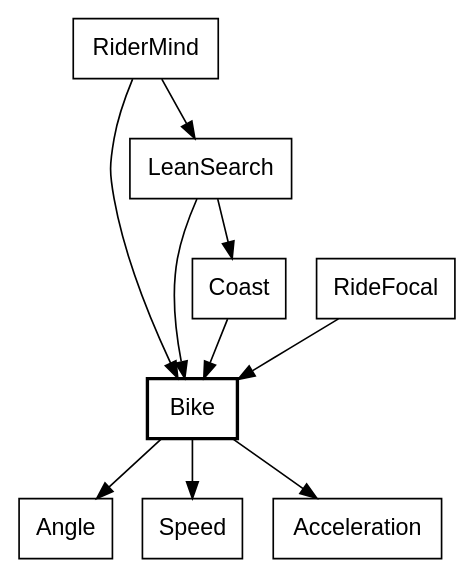
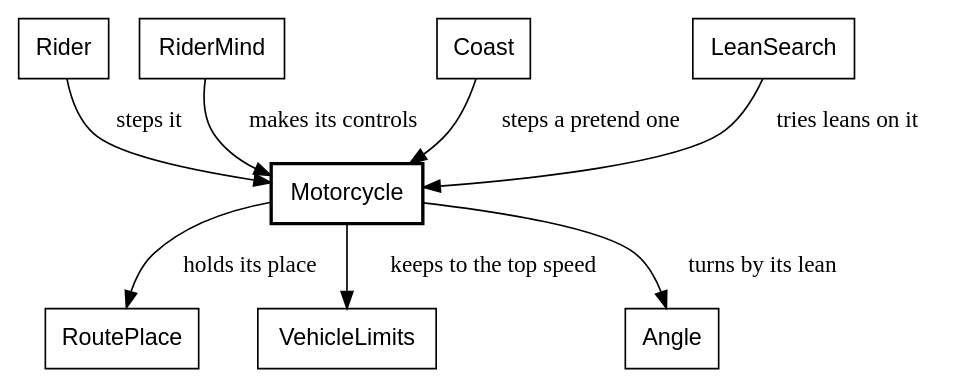
Before and after one commit to showell/roc-apps: diagram 16 of 30 in canvas_apps/safari/tutorial/tutorial.md, drawn with Graphviz. The commit also changed other lines of this file, not shown here.

Commit message:
tutorial: the rider, the bike and the throttle, rewritten for today's code

````diff
--- a/canvas_apps/safari/tutorial/tutorial.md
+++ b/canvas_apps/safari/tutorial/tutorial.md
@@ -1679,15 +1678,13 @@
 ```dot
 digraph bike {
   node [shape=box, fontname="Helvetica"];
-  Bike [style=bold];
-  RiderMind -> Bike;
-  RiderMind -> LeanSearch;
-  Coast -> Bike;
-  LeanSearch -> Bike;
-  LeanSearch -> Coast;
-  RideFocal -> Bike;
-  Bike -> Angle;
-  Bike -> Speed;
-  Bike -> Acceleration;
+  Motorcycle [style=bold];
+  Rider -> Motorcycle [label="  steps it"];
+  RiderMind -> Motorcycle [label="  makes its controls"];
+  Coast -> Motorcycle [label="  steps a pretend one"];
+  LeanSearch -> Motorcycle [label="  tries leans on it"];
+  Motorcycle -> RoutePlace [label="  holds its place"];
+  Motorcycle -> VehicleLimits [label="  keeps to the top speed"];
+  Motorcycle -> Angle [label="  turns by its lean"];
 }
 ```
````
